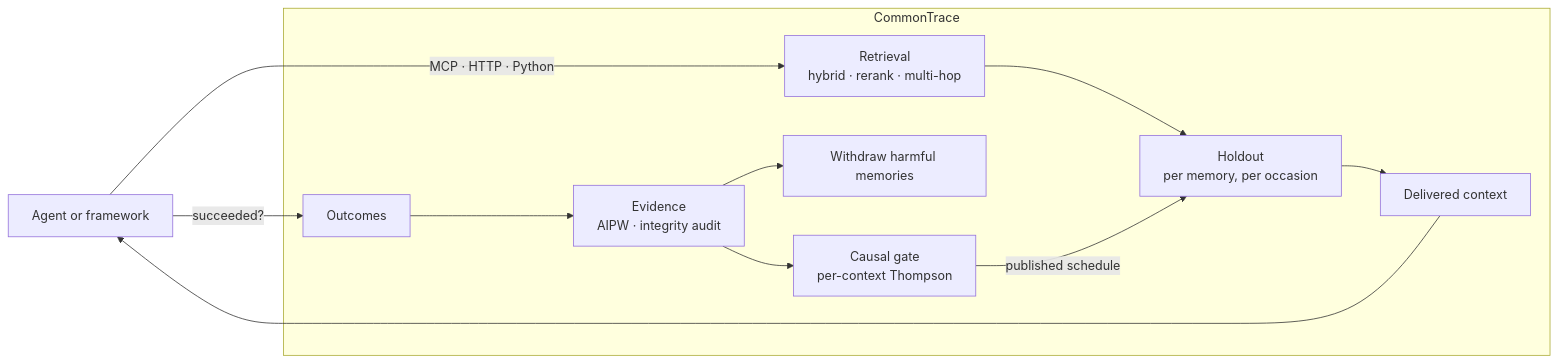
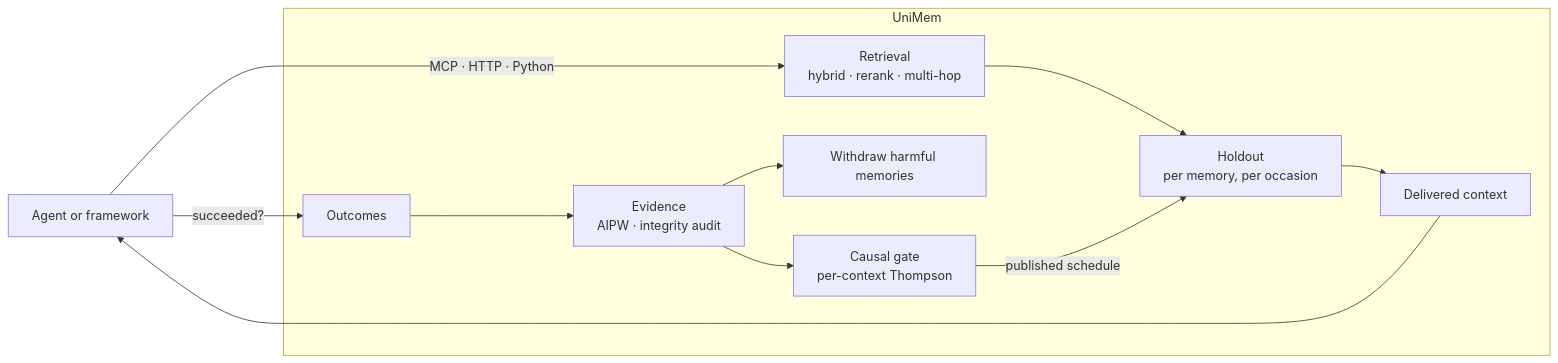
One commit to varma61923/commontrace-v2 changed the diagram in README.md. Above: the diagram before and after it, drawn with Mermaid. The commit also changed other lines of this file and 393 other files, not shown here.

First line of the commit message:
Implement the frontier governance and physical-AI roadmap (#127)

````diff
--- a/README.md
+++ b/README.md
@@ -225,14 +225,14 @@
 ```mermaid
 flowchart LR
     Agent["Agent or framework"] -->|"MCP · HTTP · Python"| Recall
-    subgraph CT["CommonTrace"]
+    subgraph CT["UniMem"]
         Recall["Retrieval<br/>hybrid · rerank · multi-hop"] --> Holdout["Holdout<br/>per memory, per occasion"]
         Holdout --> Deliver["Delivered context"]
         Outcomes["Outcomes"] --> Evidence["Evidence<br/>AIPW · integrity audit"]
         Evidence --> Withdraw["Withdraw harmful memories"]
         Evidence --> Gate["Causal gate<br/>per-context Thompson"]
         Gate -->|"published schedule"| Holdout
     end
     Deliver --> Agent
     Agent -->|"succeeded?"| Outcomes
 ```
````
